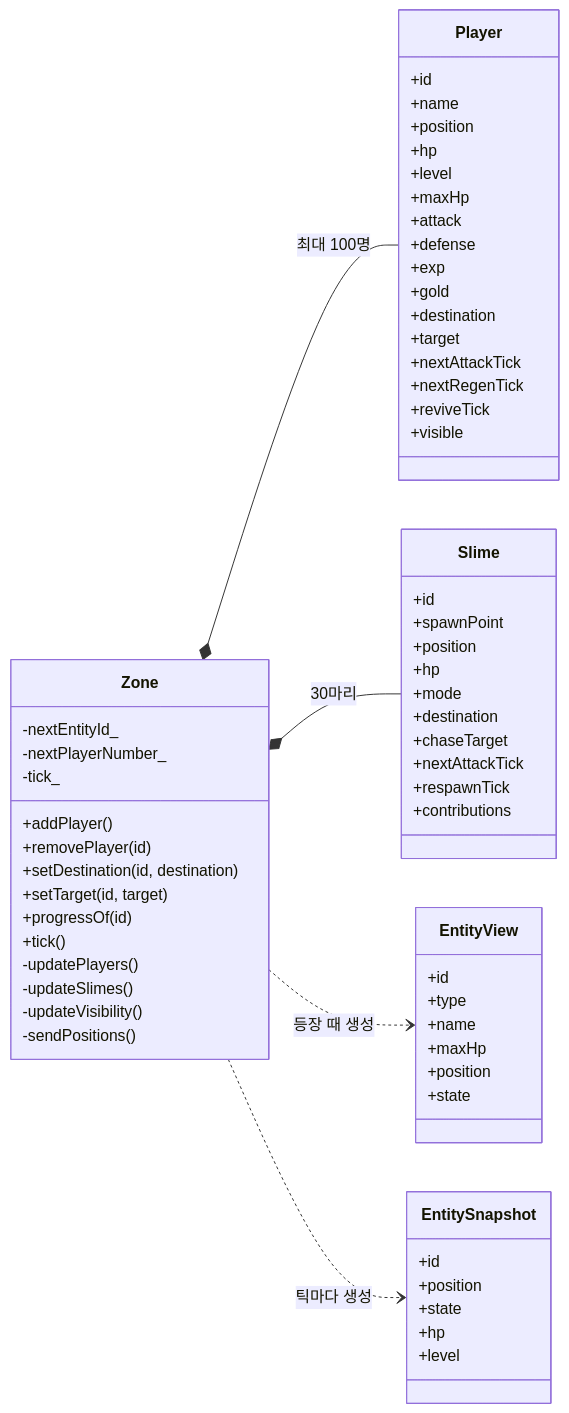
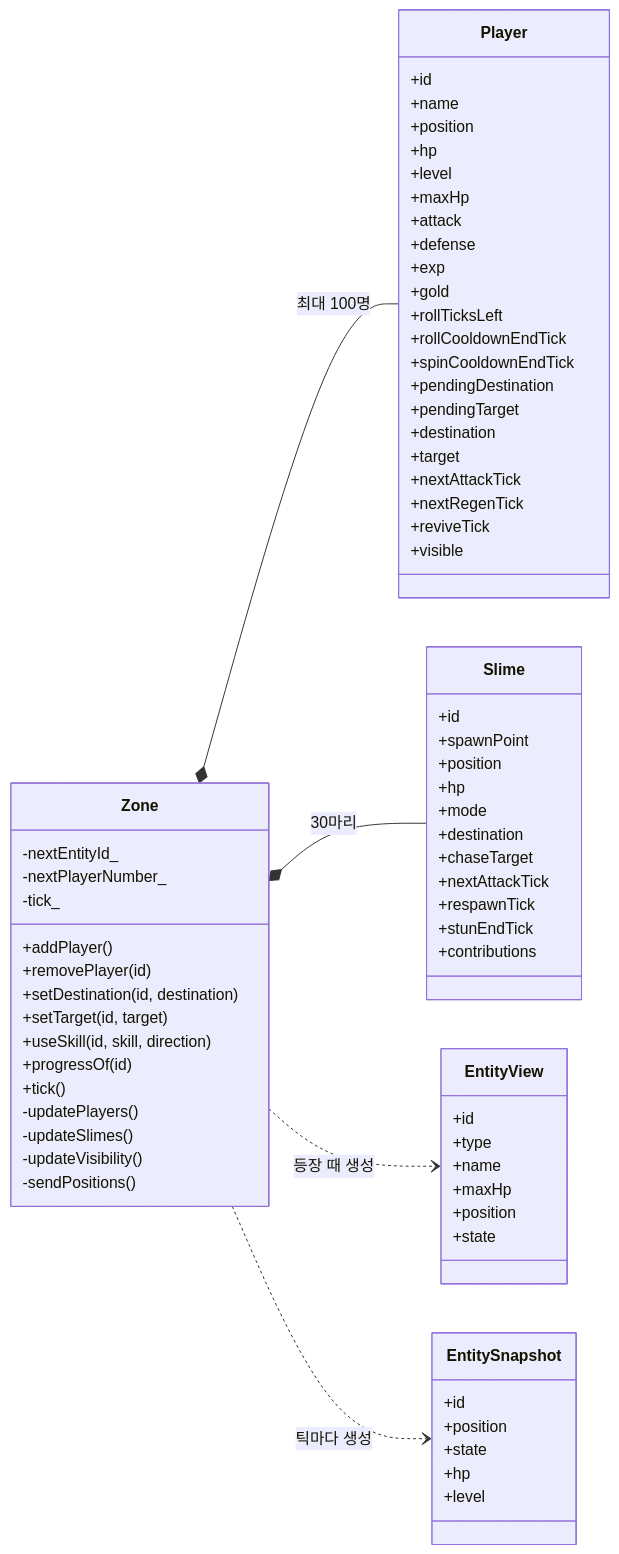
One commit to Dongs9/try_mmo_server changed the diagram in docs/diagrams/src/structure-zone.mmd. Above: the diagram before and after it, drawn with Mermaid. The commit also changed 29 other files, not shown here.

```diff
--- a/docs/diagrams/src/structure-zone.mmd
+++ b/docs/diagrams/src/structure-zone.mmd
@@ -1,68 +1,75 @@
 classDiagram
     direction LR
 
     class Zone {
         -nextEntityId_
         -nextPlayerNumber_
         -tick_
         +addPlayer()
         +removePlayer(id)
         +setDestination(id, destination)
         +setTarget(id, target)
+        +useSkill(id, skill, direction)
         +progressOf(id)
         +tick()
         -updatePlayers()
         -updateSlimes()
         -updateVisibility()
         -sendPositions()
     }
     class Player {
         +id
         +name
         +position
         +hp
         +level
         +maxHp
         +attack
         +defense
         +exp
         +gold
+        +rollTicksLeft
+        +rollCooldownEndTick
+        +spinCooldownEndTick
+        +pendingDestination
+        +pendingTarget
         +destination
         +target
         +nextAttackTick
         +nextRegenTick
         +reviveTick
         +visible
     }
     class Slime {
         +id
         +spawnPoint
         +position
         +hp
         +mode
         +destination
         +chaseTarget
         +nextAttackTick
         +respawnTick
+        +stunEndTick
         +contributions
     }
     class EntityView {
         +id
         +type
         +name
         +maxHp
         +position
         +state
     }
     class EntitySnapshot {
         +id
         +position
         +state
         +hp
         +level
     }
 
     Zone *-- Player : 최대 100명
     Zone *-- Slime : 30마리
     Zone ..> EntityView : 등장 때 생성
     Zone ..> EntitySnapshot : 틱마다 생성
```
